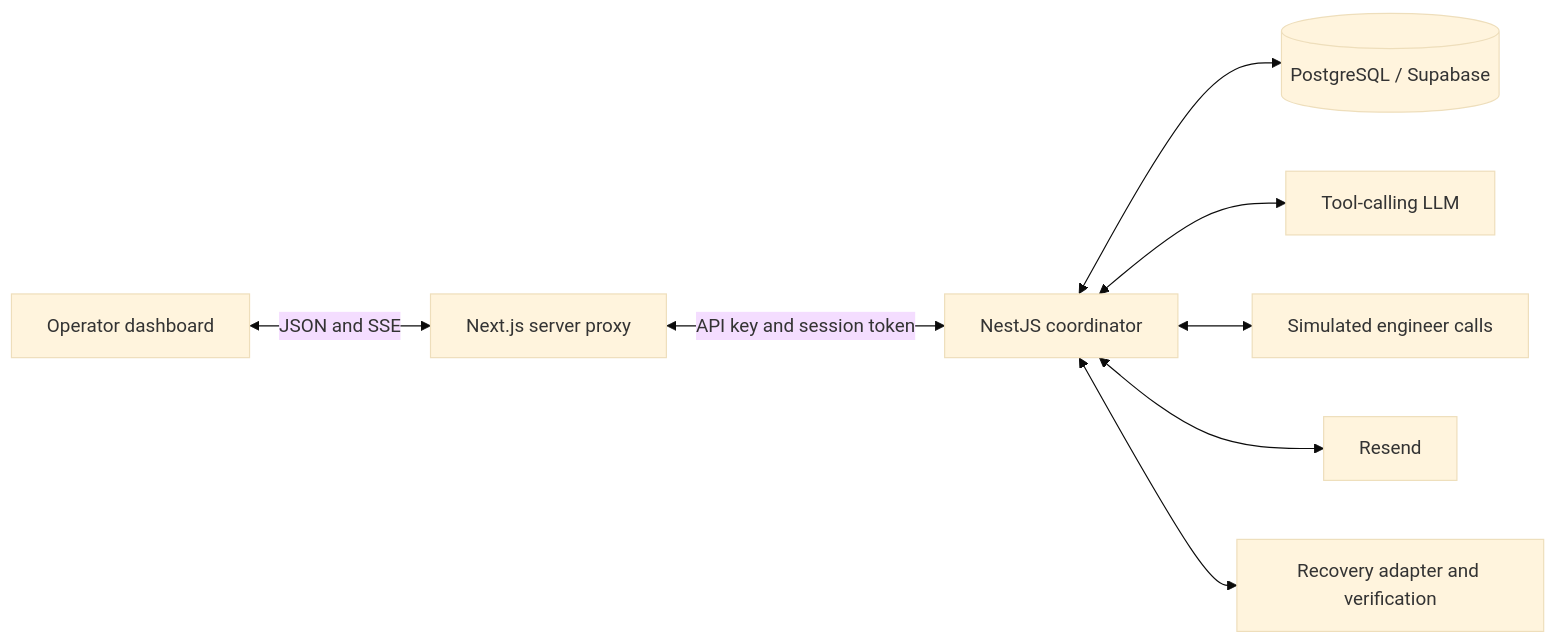
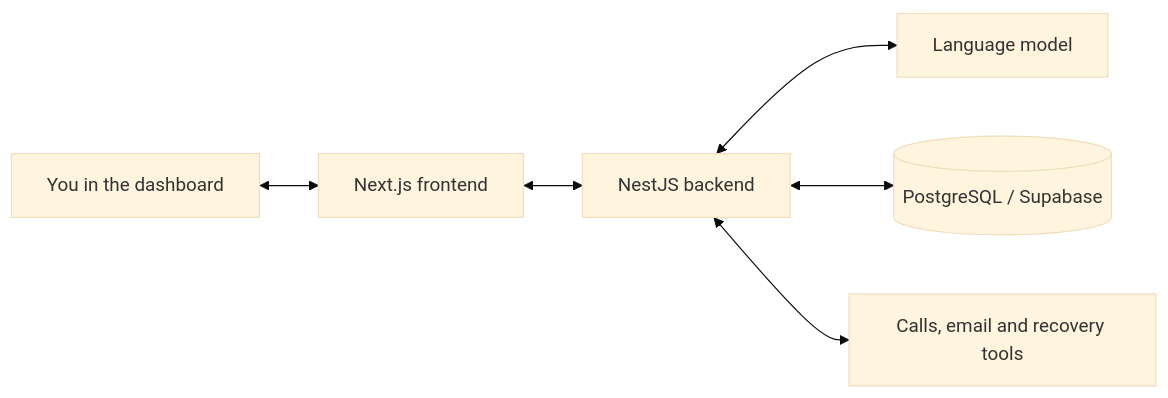
Before and after one commit to SantiagoJimenezQ/hackspain-casa-pepe: the diagram in README.md, drawn with Mermaid (base theme). The commit also changed other lines of this file, not shown here.

````diff
--- a/README.md
+++ b/README.md
@@ -40,10 +51,8 @@
 ```mermaid
 flowchart LR
-    Operator[Operator dashboard] <-->|JSON and SSE| Web[Next.js server proxy]
-    Web <-->|API key and session token| API[NestJS coordinator]
+    User[You in the dashboard] <--> Web[Next.js frontend]
+    Web <--> API[NestJS backend]
+    API <--> Model[Language model]
     API <--> DB[(PostgreSQL / Supabase)]
-    API <--> LLM[Tool-calling LLM]
-    API <--> Voice[Simulated engineer calls]
-    API <--> Email[Resend]
-    API <--> Recovery[Recovery adapter and verification]
+    API <--> Tools[Calls, email and recovery tools]
 ```
````
